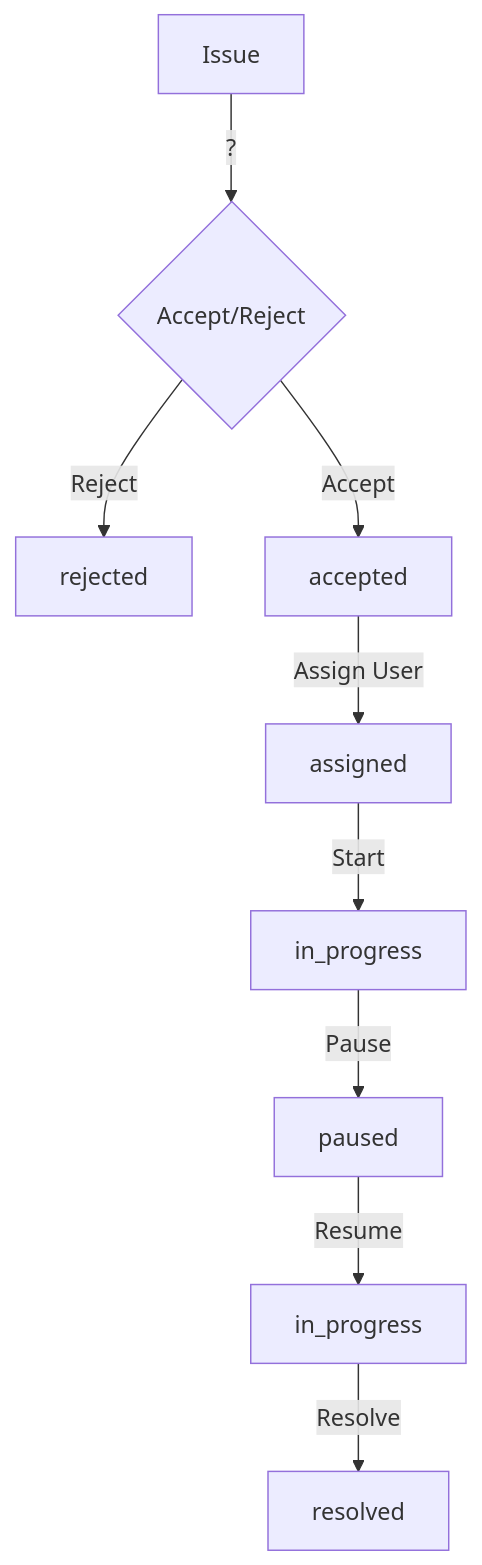
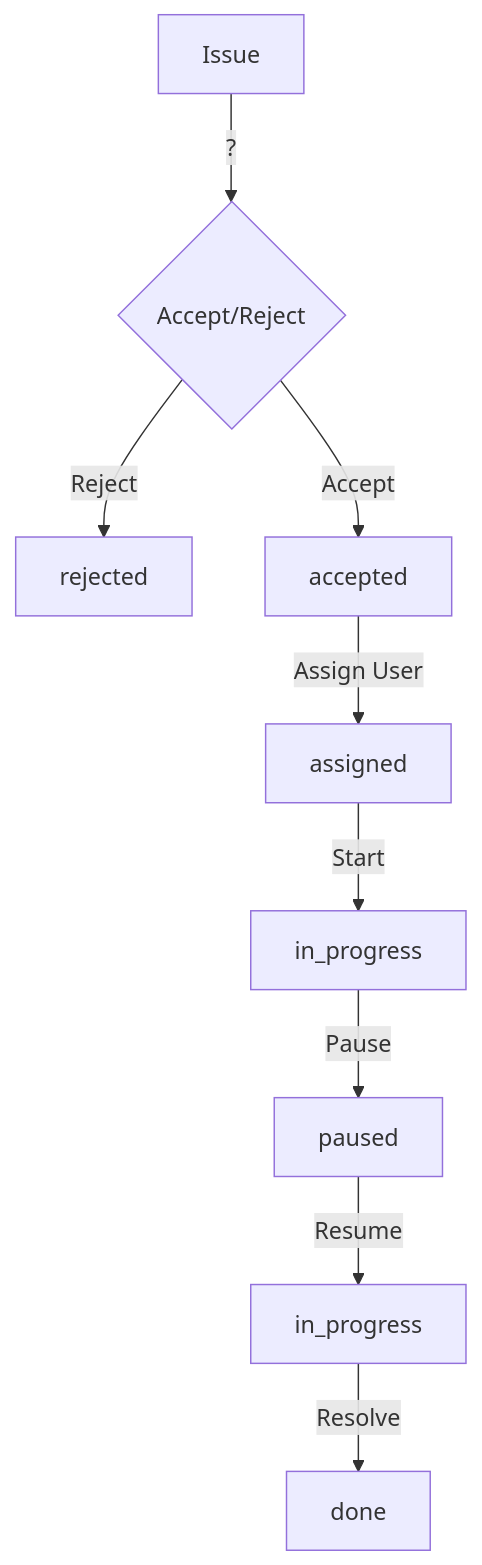
Before and after one commit to mgurg/fastapi_docker: the diagram in docs/docs.md, drawn with Mermaid. The commit also changed 4 other files, not shown here.

Commit message:
resolved -> done

````diff
--- a/docs/docs.md
+++ b/docs/docs.md
@@ -72,11 +72,11 @@
 ```mermaid
 graph TD
     A[Issue] -->|?| B{Accept/Reject}
 	B -->|Reject| D[rejected]
     B -->|Accept| C[accepted]
     C -->|Assign User| E[assigned]
 	E -->|Start| F[in_progress]
 	F -->|Pause| G[paused]
 	G -->|Resume| H[in_progress]
-	H -->|Resolve| I[resolved]
+	H -->|Resolve| I[done]
 ```
````
